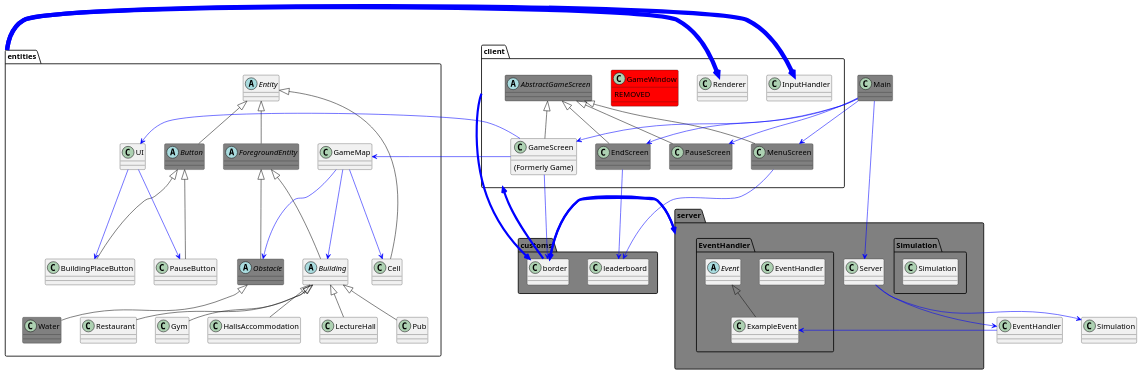
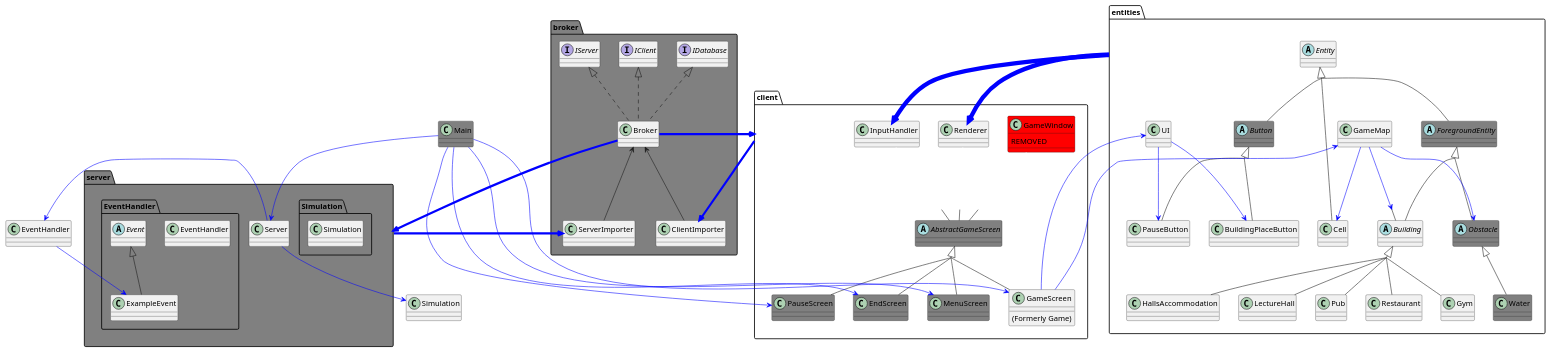
Before and after one commit to GRUMv2/Eng1Ass2Cde: the diagram in CodeDocs/new_arch_v1.puml, drawn with PlantUML.

Commit message:
docs(arch): add broker

```diff
--- a/CodeDocs/new_arch_v1.puml
+++ b/CodeDocs/new_arch_v1.puml
@@ -1,78 +1,90 @@
 @startuml
-class Main #grey
+skinparam groupInheritance 2
+
 package client {
     class Renderer
     class InputHandler
     class GameWindow #red {
         REMOVED
     }
     abstract class AbstractGameScreen #grey
     class MenuScreen #grey extends AbstractGameScreen
     class GameScreen extends AbstractGameScreen {
         (Formerly Game)
     }
     class PauseScreen #grey extends AbstractGameScreen
     class EndScreen #grey extends AbstractGameScreen
 }
+
+class Main #grey
 
 package entities {
     class GameMap
     class UI
     abstract class Entity
     abstract class ForegroundEntity #grey extends Entity
     class Cell extends Entity
     abstract class Obstacle #grey extends ForegroundEntity
     class Water #grey extends Obstacle
     abstract class Button #grey extends Entity
     class BuildingPlaceButton extends Button
     class PauseButton extends Button
     abstract class Building extends ForegroundEntity
     class Gym extends Building
     class HallsAccommodation extends Building
     class LectureHall extends Building
     class Pub extends Building
     class Restaurant extends Building
 }
 
+package broker #grey {
+    interface IClient
+    interface IServer
+    interface IDatabase
+    class Broker implements IClient, IServer, IDatabase
+    class ClientImporter
+    class ServerImporter
+}
+
 package server #grey {
     class Server
     package Simulation #grey {
         class Simulation
     }
     package EventHandler #grey {
         class EventHandler
         abstract class Event
         class ExampleEvent extends Event
     }
 }
 
-package customs #grey {
-    class border
-    class leaderboard
-}
 
-Main --down[#blue]> Server
-Main --down[#blue]> GameScreen
-Main --down[#blue]> MenuScreen
-Main --down[#blue]> PauseScreen
-Main --down[#blue]> EndScreen
-EndScreen --down[#blue]> leaderboard
-MenuScreen --down[#blue]> leaderboard
-GameScreen --left[#blue]> GameMap
-GameScreen --left[#blue]> UI
-GameScreen --down[#blue]> border
-border --left[#blue,thickness=4]> server
-server --right[#blue,thickness=4]> border
-client --left[#blue,thickness=4]> border
-border --right[#blue,thickness=4]> client
-entities --left[#blue,thickness=8]> InputHandler
-entities --left[#blue,thickness=8]> Renderer
+GameWindow-down[#white]-AbstractGameScreen
+Renderer-down[#white]-AbstractGameScreen
+InputHandler-down[#white]-AbstractGameScreen
+
+GameScreen --[#blue]> GameMap
+GameScreen --[#blue]> UI
+client --[#blue,thickness=4]> ClientImporter
+Main --[#blue]> Server
+Main --[#blue]> GameScreen
+Main --[#blue]> MenuScreen
+Main --[#blue]> PauseScreen
+Main --[#blue]> EndScreen
+Broker --[#blue,thickness=4]> server
+Broker --[#blue,thickness=4]> client
+entities --[#blue,thickness=8]> InputHandler
+entities --[#blue,thickness=8]> Renderer
 GameMap --[#blue]> Cell
 GameMap --[#blue]> Building
 GameMap --[#blue]> Obstacle
 UI --[#blue]> BuildingPlaceButton
 UI --[#blue]> PauseButton
+server --[#blue,thickness=4]> ServerImporter
 Server --[#blue]> Simulation
 Server --[#blue]> EventHandler
 EventHandler --[#blue]> ExampleEvent
+
+ClientImporter -up-> Broker
+ServerImporter -up-> Broker
 @enduml
```
